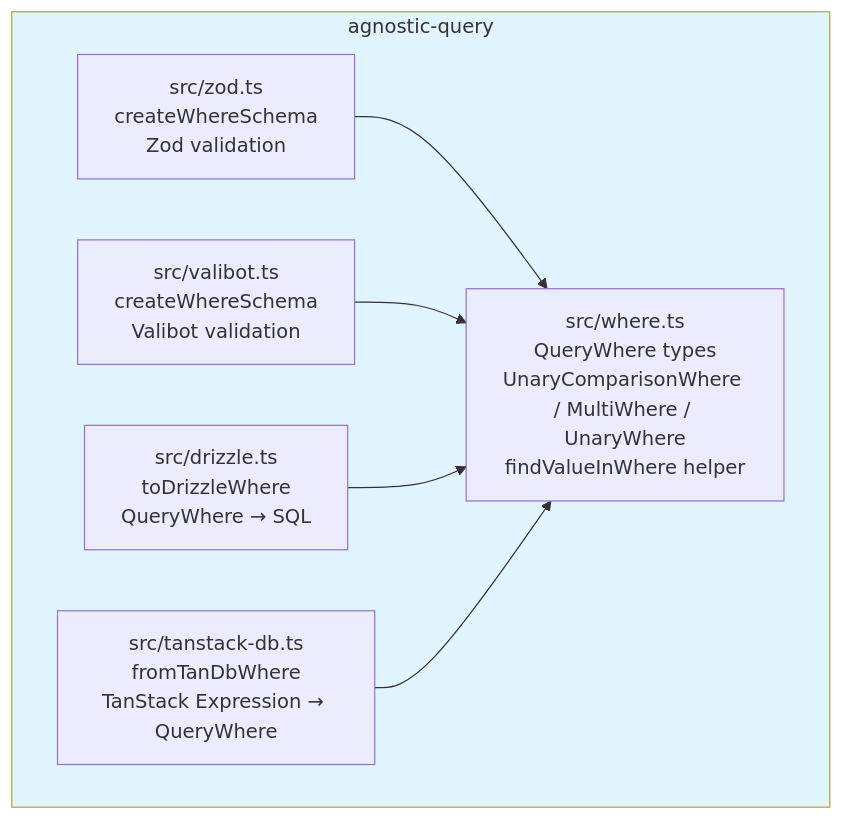
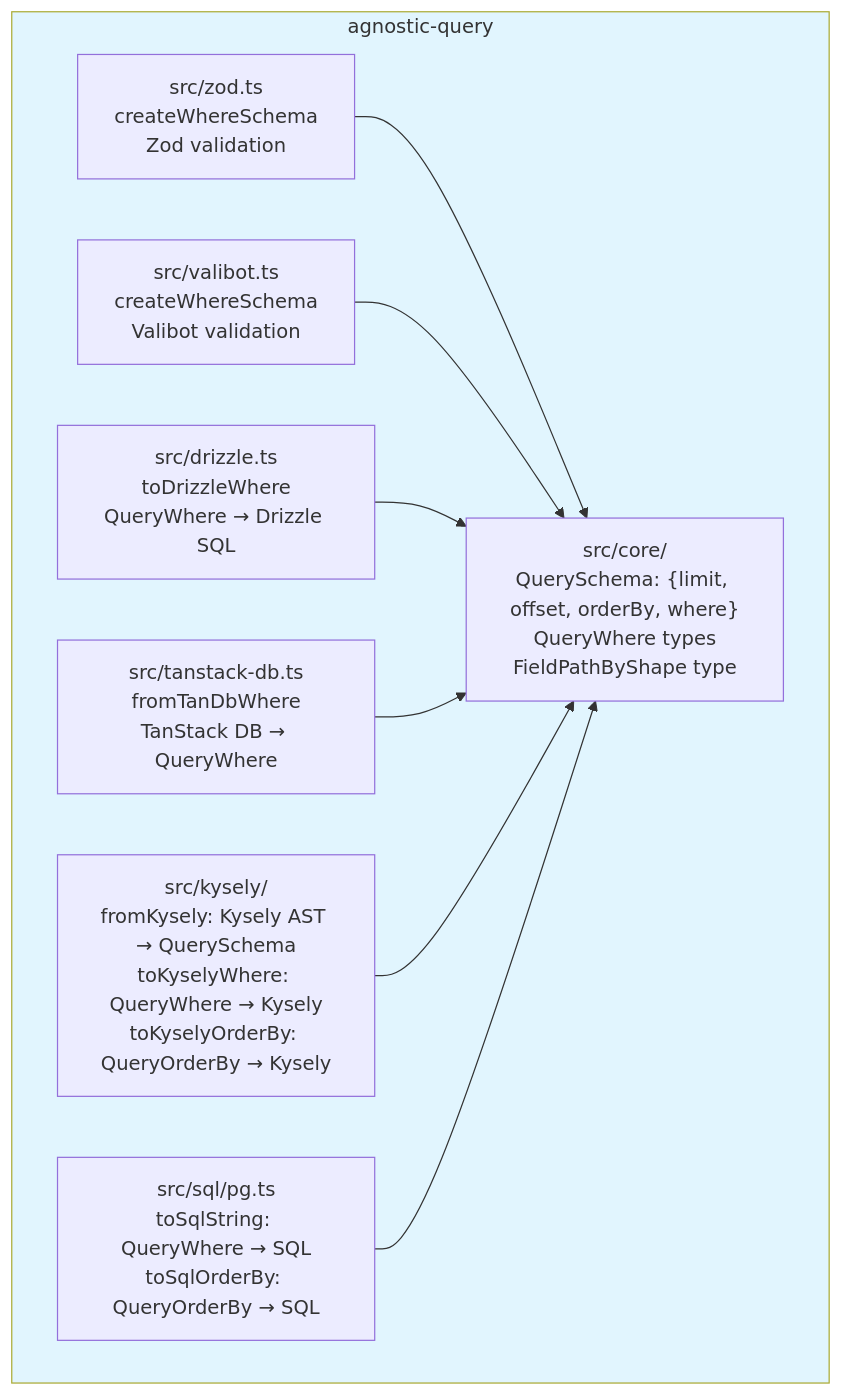
One commit to Nahida-aa/agnostic-query changed the first of 3 diagrams in README.md. Above: the diagram before and after it, drawn with Mermaid. The commit also changed other lines of this file and 9 other files, not shown here.

Commit message:
feat: 更新 README，增强 Kysely 适配器支持，添加 SQL 结果类型定义，优化测试用例

````diff
--- a/README.md
+++ b/README.md
@@ -7,17 +9,21 @@
 ```mermaid
 graph TB
     subgraph Package["agnostic-query"]
-        core["src/where.ts<br/>QueryWhere types<br/>UnaryComparisonWhere / MultiWhere / UnaryWhere<br/>findValueInWhere helper"]
+        core["src/core/<br/>QuerySchema: {limit, offset, orderBy, where}<br/>QueryWhere types<br/>FieldPathByShape type"]
         zod["src/zod.ts<br/>createWhereSchema<br/>Zod validation"]
         valibot["src/valibot.ts<br/>createWhereSchema<br/>Valibot validation"]
-        drizzle["src/drizzle.ts<br/>toDrizzleWhere<br/>QueryWhere → SQL"]
-        tanstack["src/tanstack-db.ts<br/>fromTanDbWhere<br/>TanStack Expression → QueryWhere"]
+        drizzle["src/drizzle.ts<br/>toDrizzleWhere<br/>QueryWhere → Drizzle SQL"]
+        tanstack["src/tanstack-db.ts<br/>fromTanDbWhere<br/>TanStack DB → QueryWhere"]
+        kysely["src/kysely/<br/>fromKysely: Kysely AST → QuerySchema<br/>toKyselyWhere: QueryWhere → Kysely<br/>toKyselyOrderBy: QueryOrderBy → Kysely"]
+        sql["src/sql/pg.ts<br/>toSqlString: QueryWhere → SQL<br/>toSqlOrderBy: QueryOrderBy → SQL"]
     end
 
     zod --> core
     valibot --> core
     drizzle --> core
     tanstack --> core
+    kysely --> core
+    sql --> core
 
     style Package fill:#e1f5fe
 ```
````
